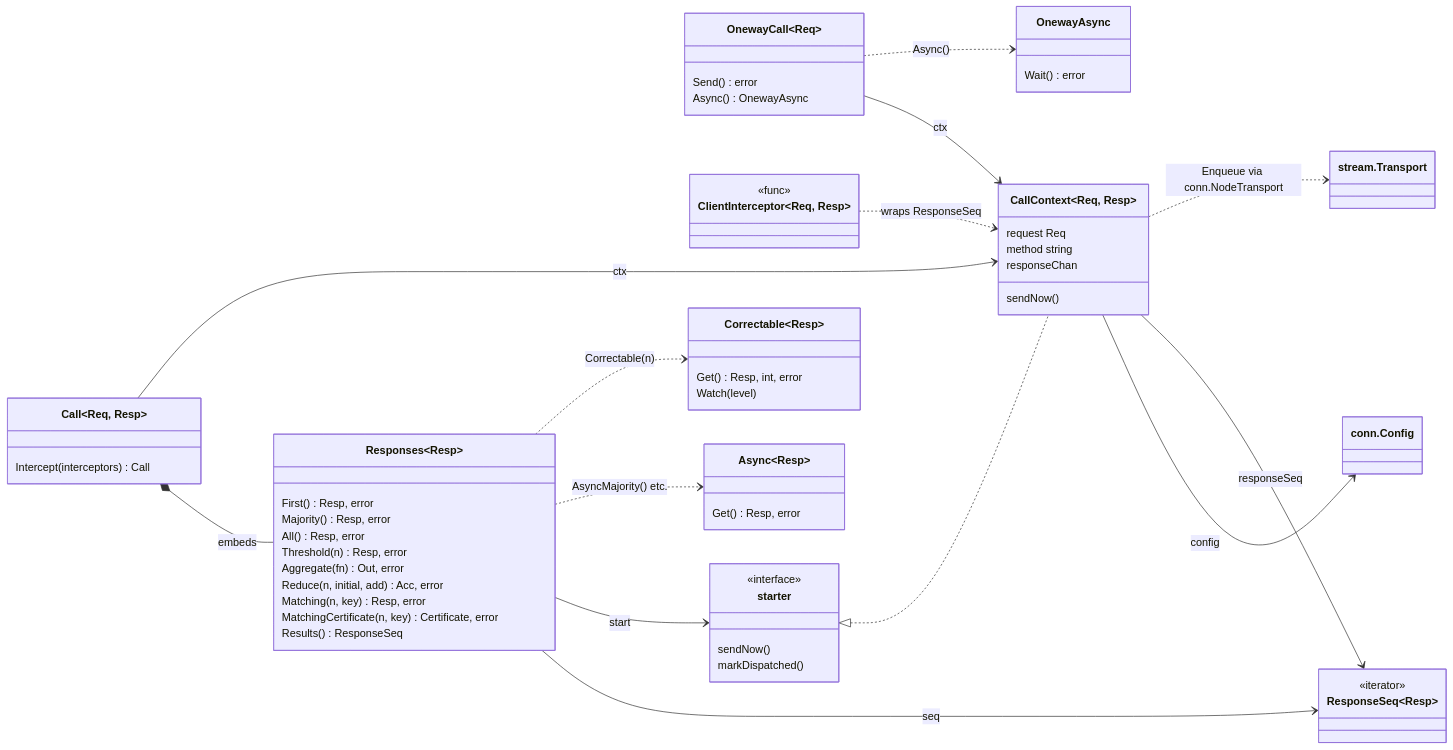
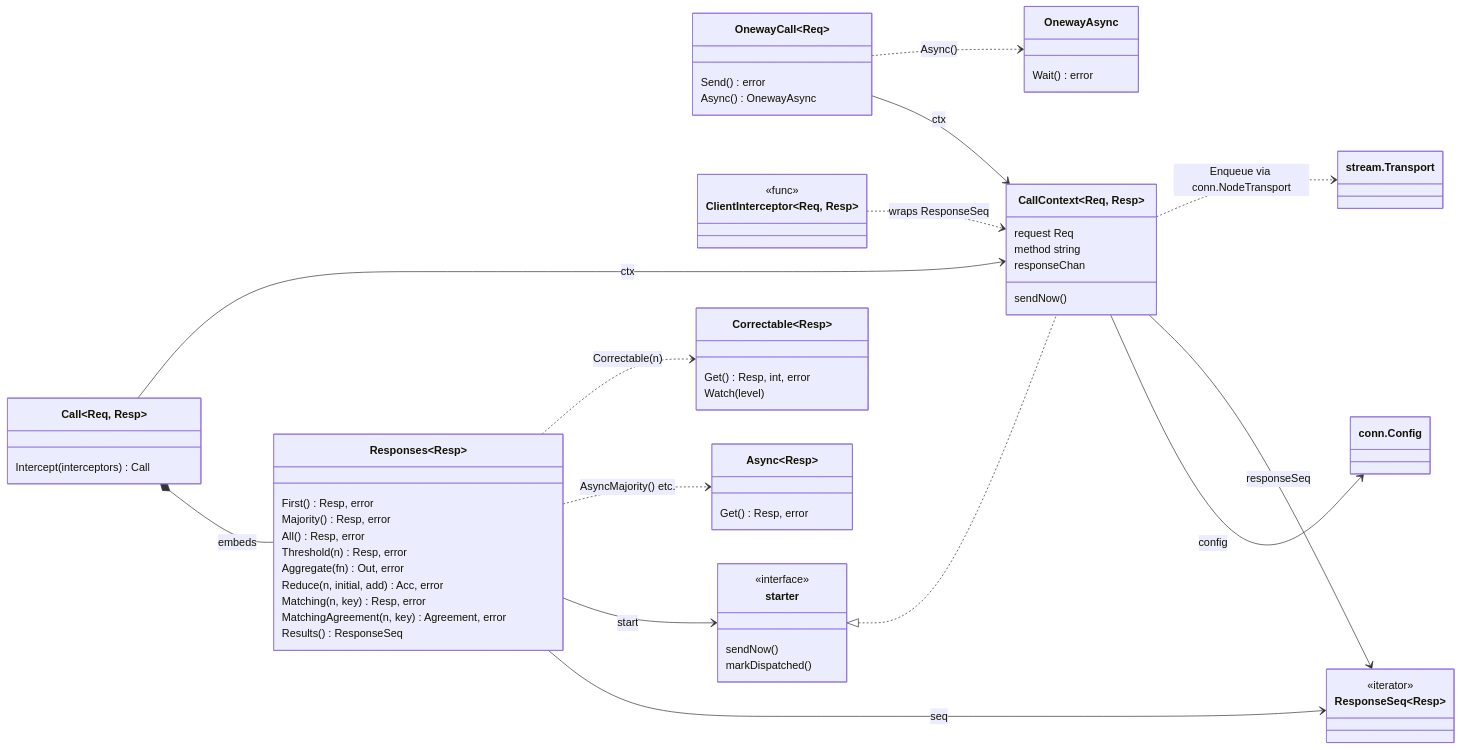
One commit to relab/gorums changed the sixth of 9 diagrams in doc/dev-guide.md. Above: the diagram before and after it, drawn with Mermaid. The commit also changed other lines of this file and 6 other files, not shown here.

First line of the commit message:
gorums: rename Certificate to Agreement

````diff
--- a/doc/dev-guide.md
+++ b/doc/dev-guide.md
@@ -437,65 +437,65 @@
 ```mermaid
 classDiagram
     direction LR
     class CallContext~Req, Resp~ {
         request Req
         method string
         responseChan
         sendNow()
     }
     class Call~Req, Resp~ {
         Intercept(interceptors) Call
     }
     class Responses~Resp~ {
         First() Resp, error
         Majority() Resp, error
         All() Resp, error
         Threshold(n) Resp, error
         Aggregate(fn) Out, error
         Reduce(n, initial, add) Acc, error
         Matching(n, key) Resp, error
-        MatchingCertificate(n, key) Certificate, error
+        MatchingAgreement(n, key) Agreement, error
         Results() ResponseSeq
     }
     class OnewayCall~Req~ {
         Send() error
         Async() OnewayAsync
     }
     class OnewayAsync {
         Wait() error
     }
     class ResponseSeq~Resp~ {
         <<iterator>>
     }
     class ClientInterceptor~Req, Resp~ {
         <<func>>
     }
     class Async~Resp~ {
         Get() Resp, error
     }
     class Correctable~Resp~ {
         Get() Resp, int, error
         Watch(level)
     }
     class starter {
         <<interface>>
         sendNow()
         markDispatched()
     }
     class ConnConfig["conn.Config"]
     class StreamTransport["stream.Transport"]
 
     Call *-- Responses : embeds
     Call --> CallContext : ctx
     OnewayCall --> CallContext : ctx
     OnewayCall ..> OnewayAsync : Async()
     Responses --> ResponseSeq : seq
     Responses --> starter : start
     starter <|.. CallContext
     Responses ..> Async : AsyncMajority() etc.
     Responses ..> Correctable : Correctable(n)
     CallContext --> ConnConfig : config
     CallContext --> ResponseSeq : responseSeq
     ClientInterceptor ..> CallContext : wraps ResponseSeq
     CallContext ..> StreamTransport : Enqueue via conn.NodeTransport
 ```
````
